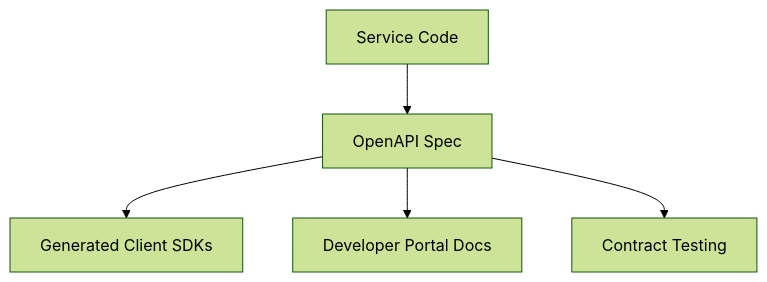
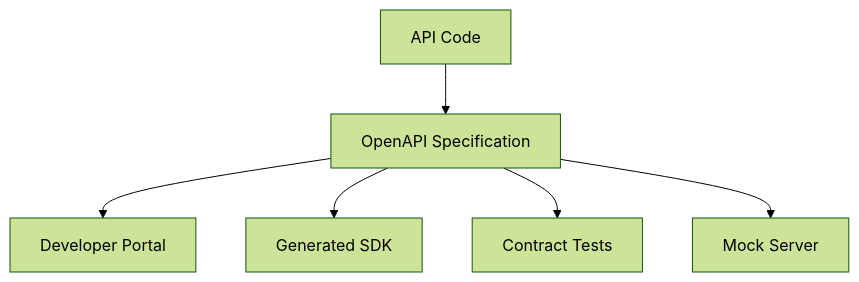
Before and after one commit to vsharma2430/LearnDesign: the seventh of 9 diagrams in hld/05-hld-api-design/lessons.md, drawn with Mermaid (forest theme). The commit also changed other lines of this file, not shown here.

````diff
--- a/hld/05-hld-api-design/lessons.md
+++ b/hld/05-hld-api-design/lessons.md
@@ -651,7 +613,8 @@
 ```mermaid
 flowchart TD
-    A[Service Code] --> B[OpenAPI Spec]
-    B --> C[Generated Client SDKs]
-    B --> D[Developer Portal Docs]
-    B --> E[Contract Testing]
+    C[API Code] --> S[OpenAPI Specification]
+    S --> D[Developer Portal]
+    S --> SDK[Generated SDK]
+    S --> T[Contract Tests]
+    S --> M[Mock Server]
 ```
````
